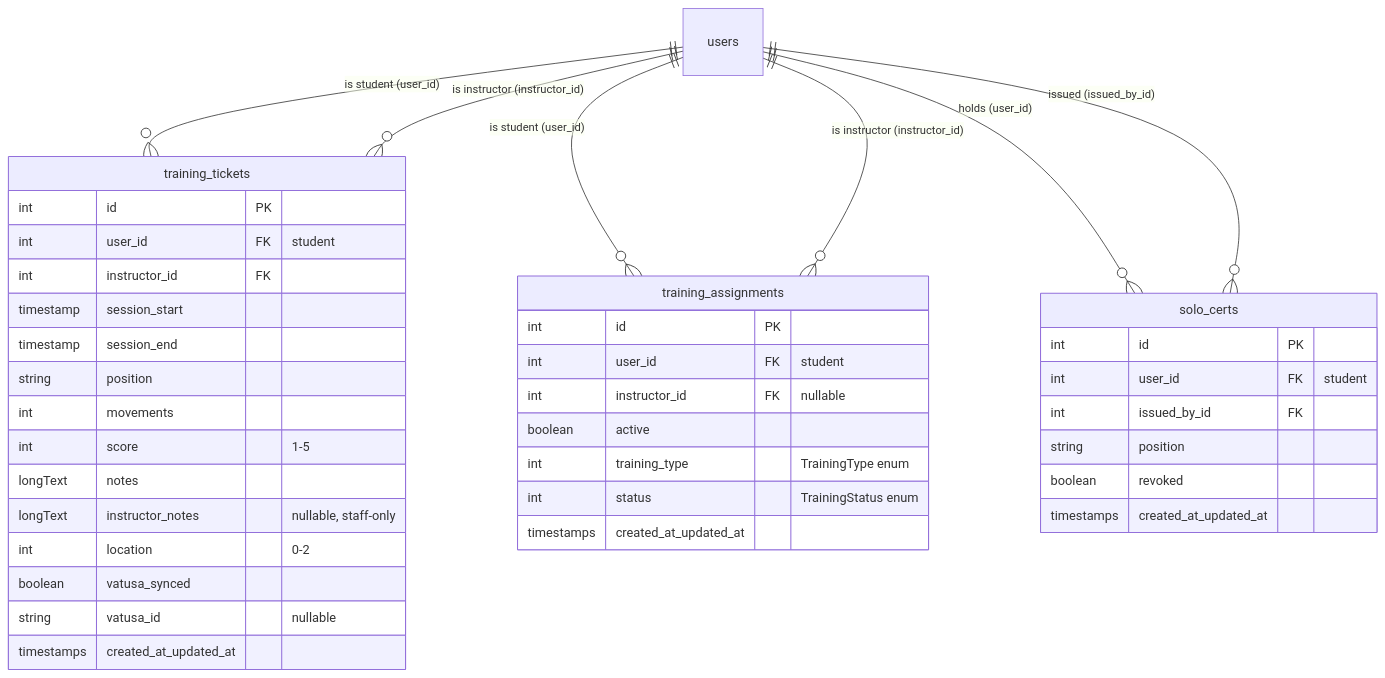
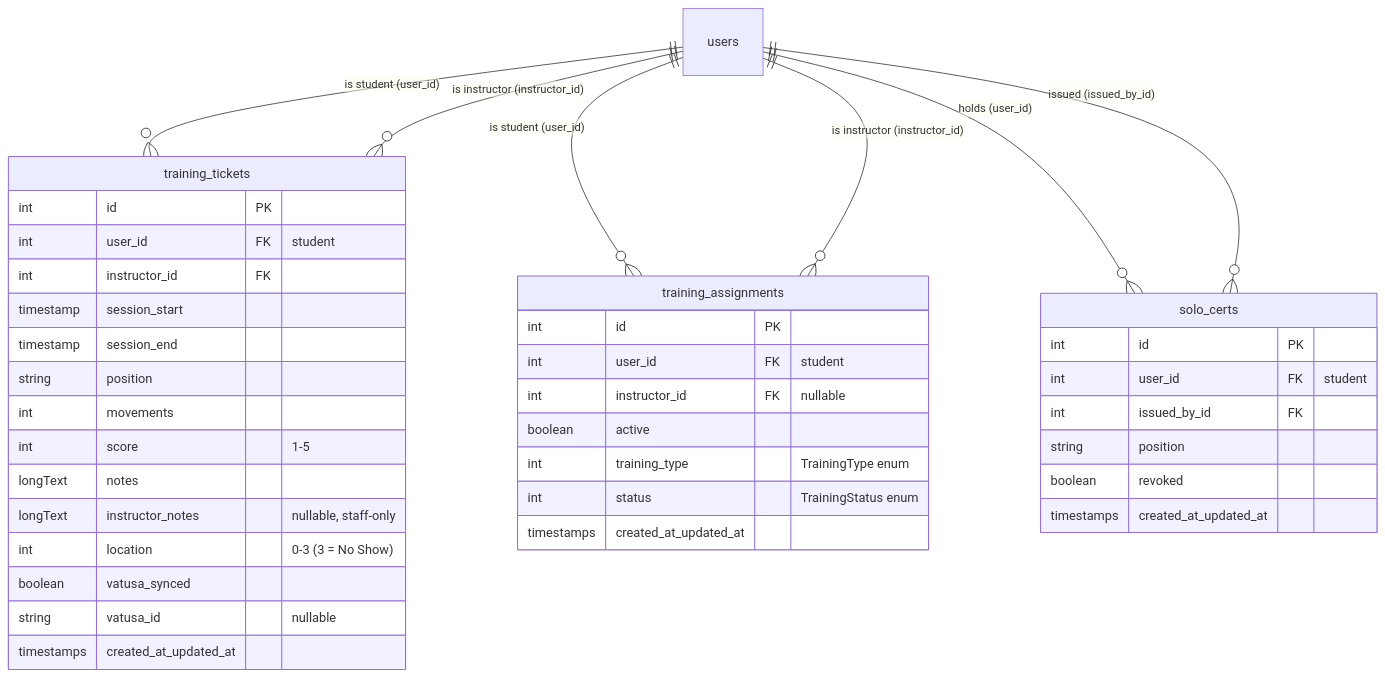
The diagram in docs/systems/training.md (archie-paice/site-laravel), drawn with Mermaid before and after one commit. The commit also changed other lines of this file and 13 other files, not shown here.

Commit message:
add no show training ticket location

````diff
--- a/docs/systems/training.md
+++ b/docs/systems/training.md
@@ -83,45 +83,45 @@
 ```mermaid
 erDiagram
     users ||--o{ training_tickets : "is student (user_id)"
     users ||--o{ training_tickets : "is instructor (instructor_id)"
     users ||--o{ training_assignments : "is student (user_id)"
     users ||--o{ training_assignments : "is instructor (instructor_id)"
     users ||--o{ solo_certs : "holds (user_id)"
     users ||--o{ solo_certs : "issued (issued_by_id)"
 
     training_tickets {
         int id PK
         int user_id FK "student"
         int instructor_id FK
         timestamp session_start
         timestamp session_end
         string position
         int movements
         int score "1-5"
         longText notes
         longText instructor_notes "nullable, staff-only"
-        int location "0-2"
+        int location "0-3 (3 = No Show)"
         boolean vatusa_synced
         string vatusa_id "nullable"
         timestamps created_at_updated_at
     }
 
     training_assignments {
         int id PK
         int user_id FK "student"
         int instructor_id FK "nullable"
         boolean active
         int training_type "TrainingType enum"
         int status "TrainingStatus enum"
         timestamps created_at_updated_at
     }
 
     solo_certs {
         int id PK
         int user_id FK "student"
         int issued_by_id FK
         string position
         boolean revoked
         timestamps created_at_updated_at
     }
 ```
````
